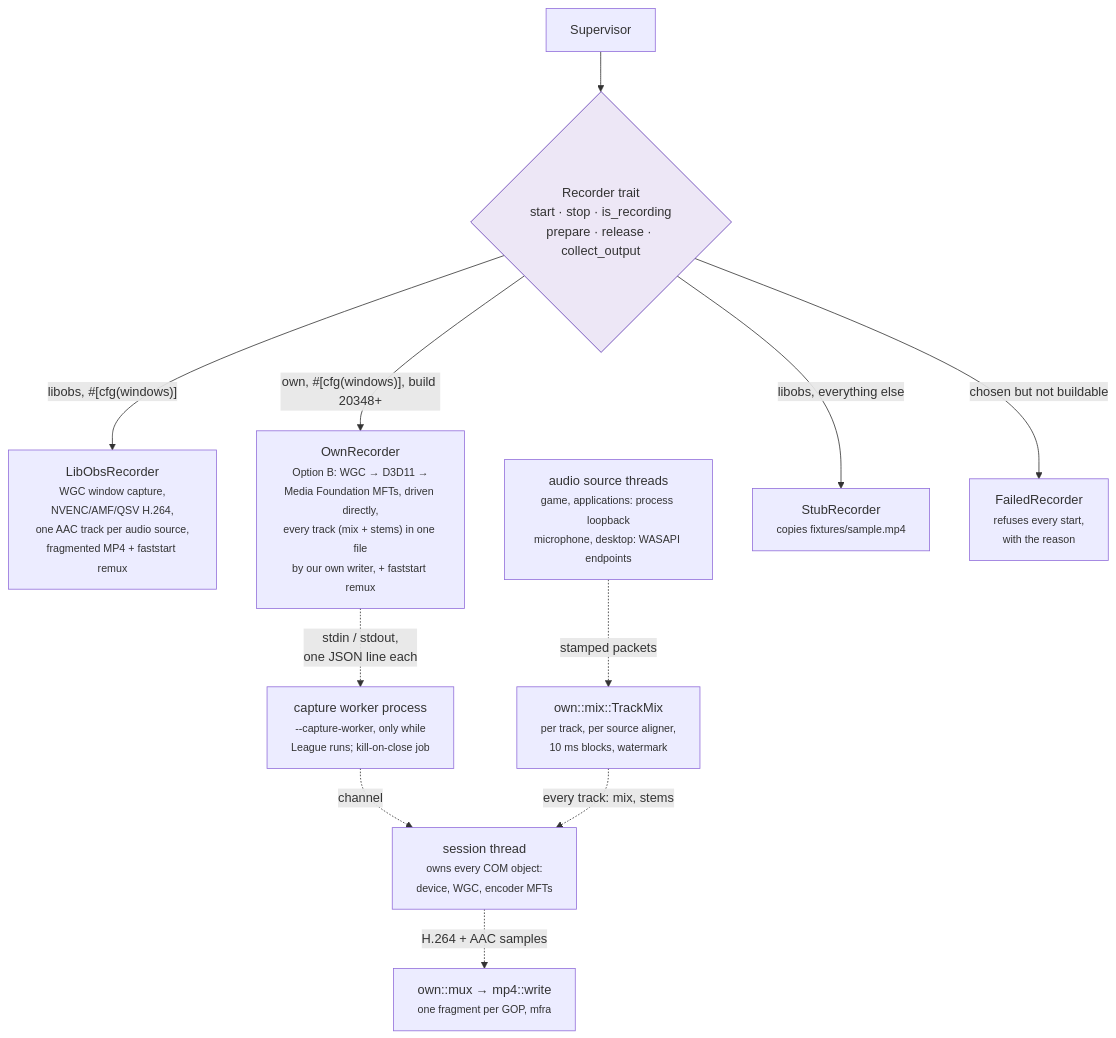
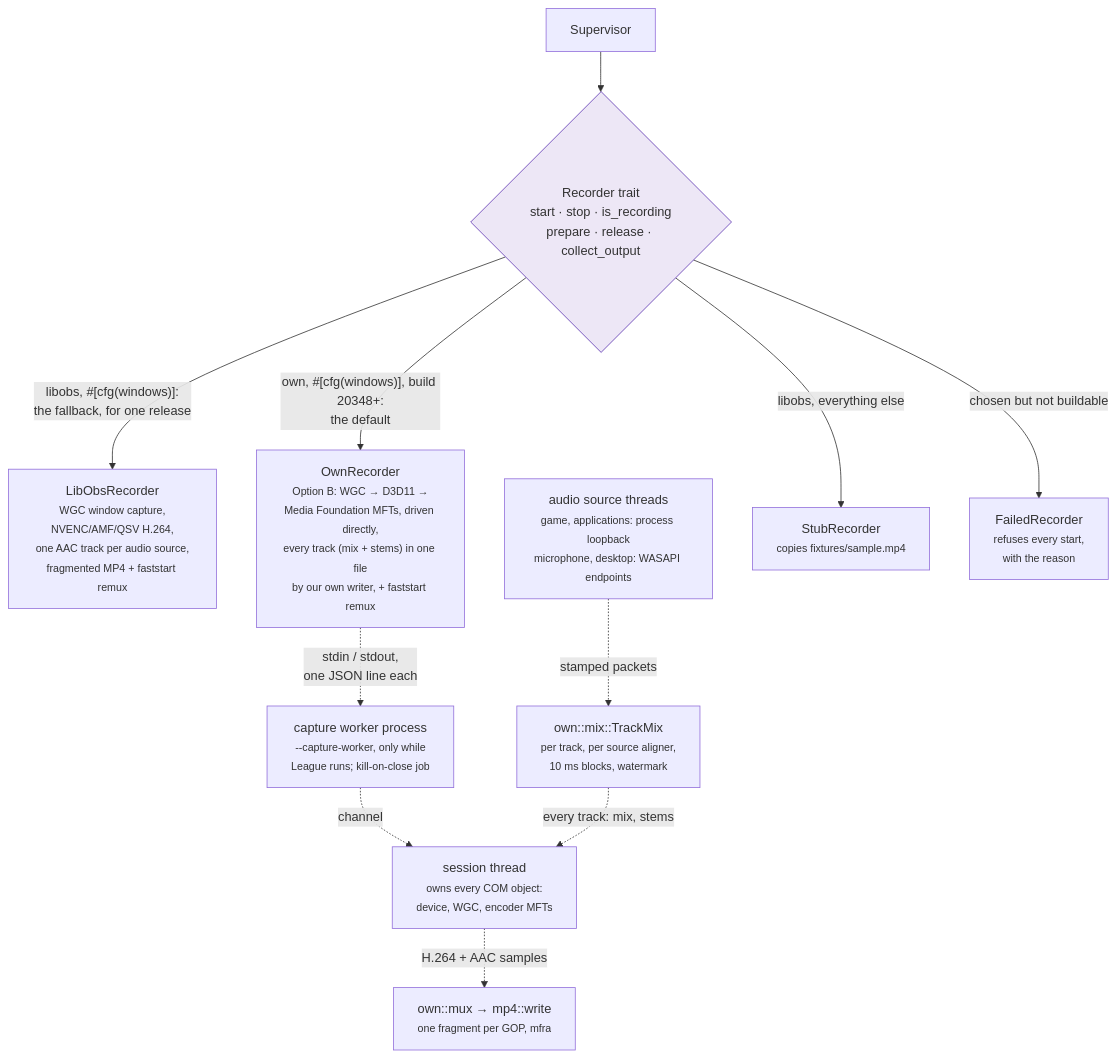
Before and after one commit to NinjaGoldfinch/ninja-recorder: the third of 10 diagrams in docs/architecture.md, drawn with Mermaid. The commit also changed other lines of this file and 15 other files, not shown here.

First line of the commit message:
feat(recorder): make own the default capture backend

````diff
--- a/docs/architecture.md
+++ b/docs/architecture.md
@@ -163,14 +163,14 @@
 ```mermaid
 flowchart TB
     SUP["Supervisor"] --> T{"Recorder trait<br/>start · stop · is_recording<br/>prepare · release · collect_output"}
-    T -->|"libobs, #[cfg(windows)]"| L["LibObsRecorder<br/><small>WGC window capture,<br/>NVENC/AMF/QSV H.264,<br/>one AAC track per audio source,<br/>fragmented MP4 + faststart remux</small>"]
-    T -->|"own, #[cfg(windows)], build 20348+"| O["OwnRecorder<br/><small>Option B: WGC → D3D11 →<br/>Media Foundation MFTs, driven directly,<br/>every track (mix + stems) in one file<br/>by our own writer, + faststart remux</small>"]
+    T -->|"libobs, #[cfg(windows)]:<br/>the fallback, for one release"| L["LibObsRecorder<br/><small>WGC window capture,<br/>NVENC/AMF/QSV H.264,<br/>one AAC track per audio source,<br/>fragmented MP4 + faststart remux</small>"]
+    T -->|"own, #[cfg(windows)], build 20348+:<br/>the default"| O["OwnRecorder<br/><small>Option B: WGC → D3D11 →<br/>Media Foundation MFTs, driven directly,<br/>every track (mix + stems) in one file<br/>by our own writer, + faststart remux</small>"]
     O -.->|"stdin / stdout,<br/>one JSON line each"| WK["capture worker process<br/><small>--capture-worker, only while<br/>League runs; kill-on-close job</small>"]
     WK -.->|"channel"| SES["session thread<br/><small>owns every COM object:<br/>device, WGC, encoder MFTs</small>"]
     AUD["audio source threads<br/><small>game, applications: process loopback<br/>microphone, desktop: WASAPI endpoints</small>"] -.->|"stamped packets"| MIX["own::mix::TrackMix<br/><small>per track, per source aligner,<br/>10 ms blocks, watermark</small>"]
     MIX -.->|"every track: mix, stems"| SES
     SES -.->|"H.264 + AAC samples"| MUX["own::mux → mp4::write<br/><small>one fragment per GOP, mfra</small>"]
     T -->|"libobs, everything else"| S["StubRecorder<br/><small>copies fixtures/sample.mp4</small>"]
     T -->|"chosen but not buildable"| F["FailedRecorder<br/><small>refuses every start,<br/>with the reason</small>"]
     style T fill:#ede7f6,stroke:#5e35b1
 ```
````
